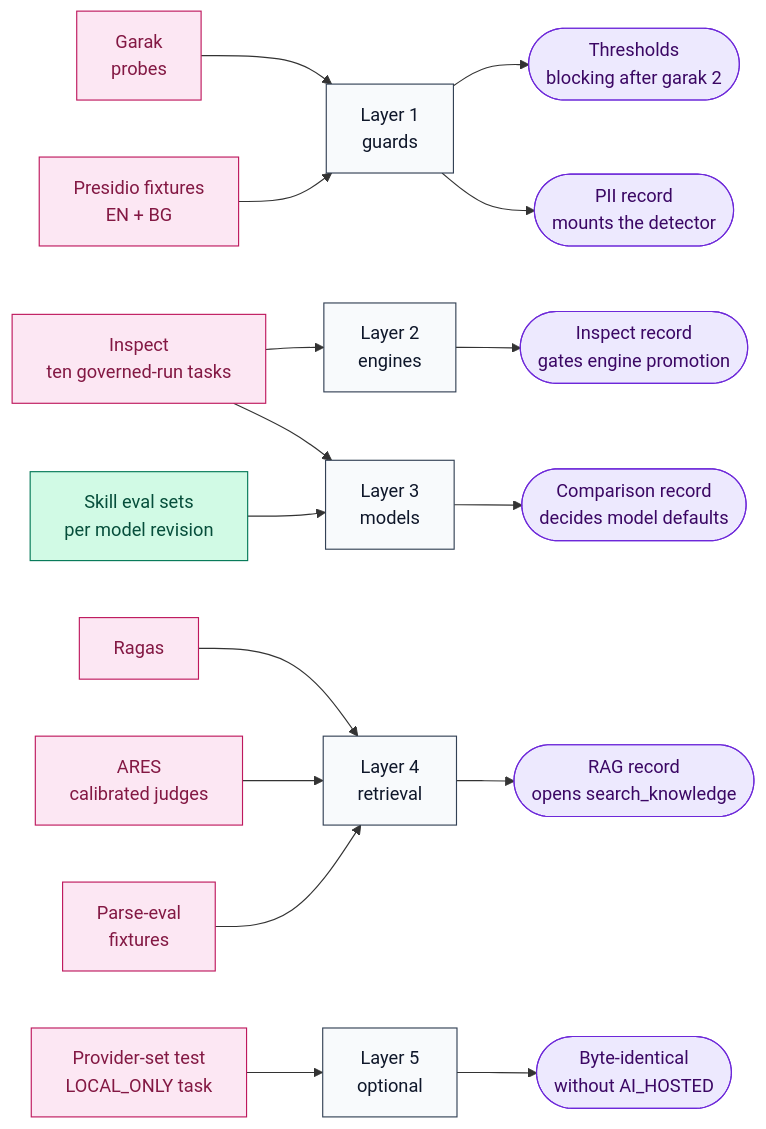
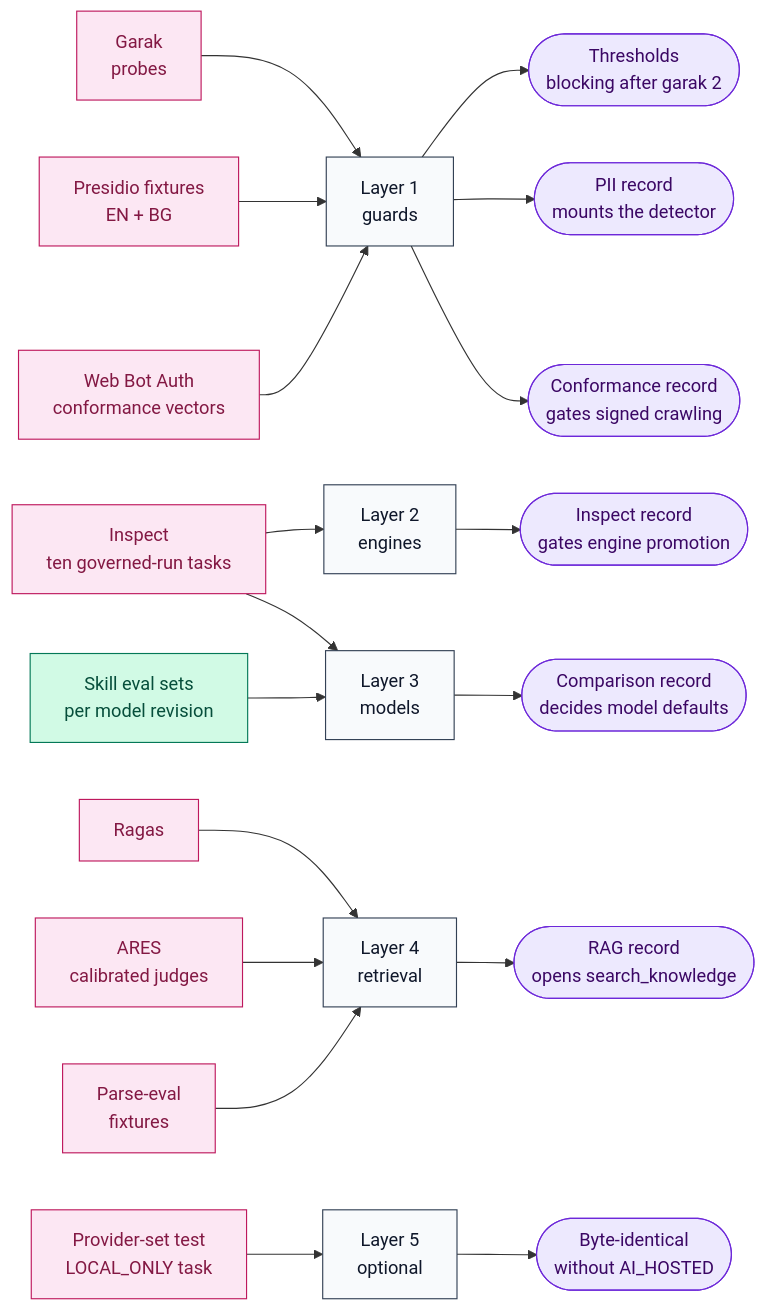
One commit to RodnaPamet/inflect-compliance changed the fifth of 5 diagrams in docs/ai-architecture-roadmap.md. Above: the diagram before and after it, drawn with Mermaid. The commit also changed other lines of this file and 4 other files, not shown here.

First line of the commit message:
docs(ai-architecture): add Web Bot Auth and Mastercard Agent Pay to the roadmap (#4617)

````diff
--- a/docs/ai-architecture-roadmap.md
+++ b/docs/ai-architecture-roadmap.md
@@ -526,25 +564,27 @@
 ```mermaid
 flowchart LR
   GA["Garak<br/>probes"]:::eval --> X1["Layer 1<br/>guards"]
   PII["Presidio fixtures<br/>EN + BG"]:::eval --> X1
+  WBA["Web Bot Auth<br/>conformance vectors"]:::eval --> X1
   IS["Inspect<br/>ten governed-run tasks"]:::eval --> X2["Layer 2<br/>engines"]
   IS --> X3["Layer 3<br/>models"]
   SK["Skill eval sets<br/>per model revision"]:::done --> X3
   RA["Ragas"]:::eval --> X4["Layer 4<br/>retrieval"]
   AR["ARES<br/>calibrated judges"]:::eval --> X4
   PE["Parse-eval<br/>fixtures"]:::eval --> X4
   OP["Provider-set test<br/>LOCAL_ONLY task"]:::eval --> X5["Layer 5<br/>optional"]
 
   X1 --> G1(["Thresholds<br/>blocking after garak 2"]):::gate
   X1 --> G2(["PII record<br/>mounts the detector"]):::gate
+  X1 --> G7(["Conformance record<br/>gates signed crawling"]):::gate
   X2 --> G3(["Inspect record<br/>gates engine promotion"]):::gate
   X3 --> G4(["Comparison record<br/>decides model defaults"]):::gate
   X4 --> G5(["RAG record<br/>opens search_knowledge"]):::gate
   X5 --> G6(["Byte-identical<br/>without AI_HOSTED"]):::gate
   class X1,X2,X3,X4,X5 layer
 
   classDef layer fill:#f8fafc,stroke:#334155,color:#0f172a
   classDef done fill:#d1fae5,stroke:#047857,color:#064e3b
   classDef eval fill:#fce7f3,stroke:#be185d,color:#831843
   classDef gate fill:#ede9fe,stroke:#6d28d9,color:#3b0764
 ```
````
